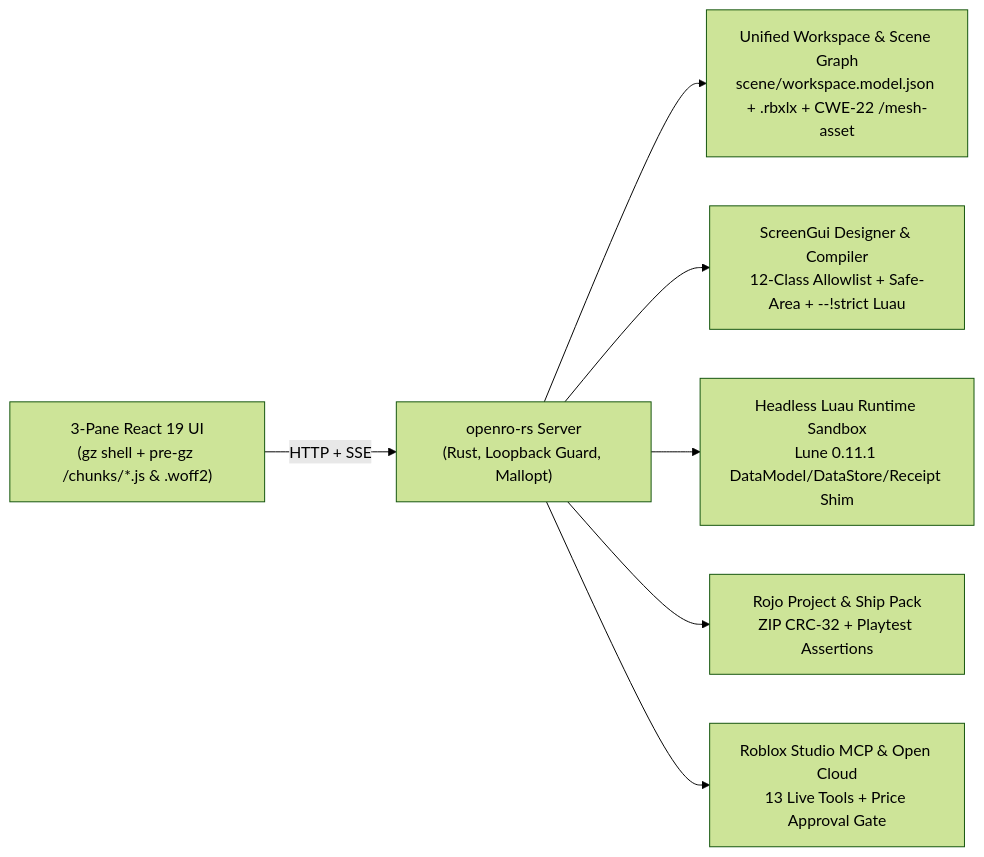
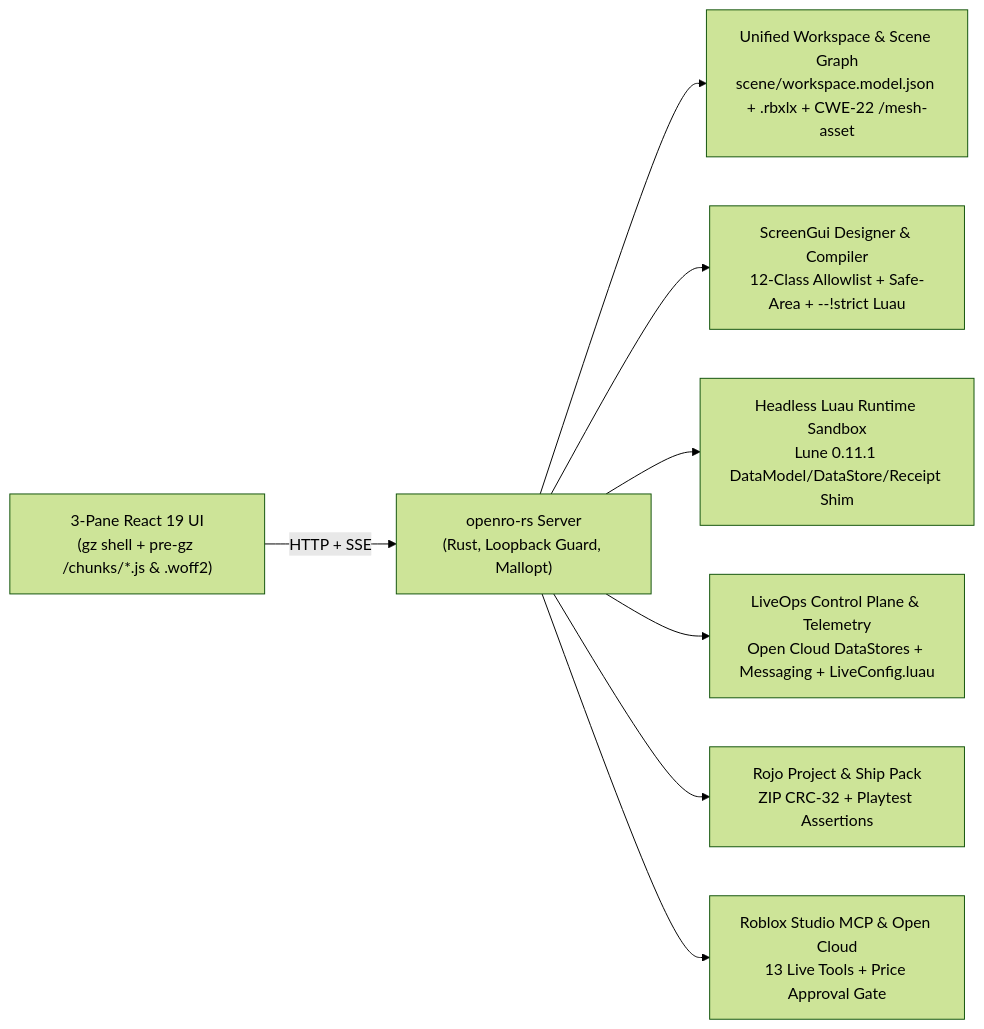
One commit to cayleb-james2008/open-ro changed the diagram in README.md. Above: the diagram before and after it, drawn with Mermaid (forest theme). The commit also changed other lines of this file and 21 other files, not shown here.

Commit message:
release(v1.23.0): integrate LiveOps control plane, telemetry, seam fixes, and verified gates

````diff
--- a/README.md
+++ b/README.md
@@ -85,9 +94,10 @@
 ```mermaid
 flowchart LR
   UI["3-Pane React 19 UI<br/>(gz shell + pre-gz /chunks/*.js & .woff2)"] -->|HTTP + SSE| SRV["openro-rs Server<br/>(Rust, Loopback Guard, Mallopt)"]
   SRV --> LP["Unified Workspace &amp; Scene Graph<br/>scene/workspace.model.json + .rbxlx + CWE-22 /mesh-asset"]
   SRV --> GD["ScreenGui Designer &amp; Compiler<br/>12-Class Allowlist + Safe-Area + --!strict Luau"]
   SRV --> SB["Headless Luau Runtime Sandbox<br/>Lune 0.11.1 DataModel/DataStore/Receipt Shim"]
+  SRV --> LO["LiveOps Control Plane &amp; Telemetry<br/>Open Cloud DataStores + Messaging + LiveConfig.luau"]
   SRV --> PJ["Rojo Project &amp; Ship Pack<br/>ZIP CRC-32 + Playtest Assertions"]
   SRV --> MCP["Roblox Studio MCP &amp; Open Cloud<br/>13 Live Tools + Price Approval Gate"]
 ```
````
